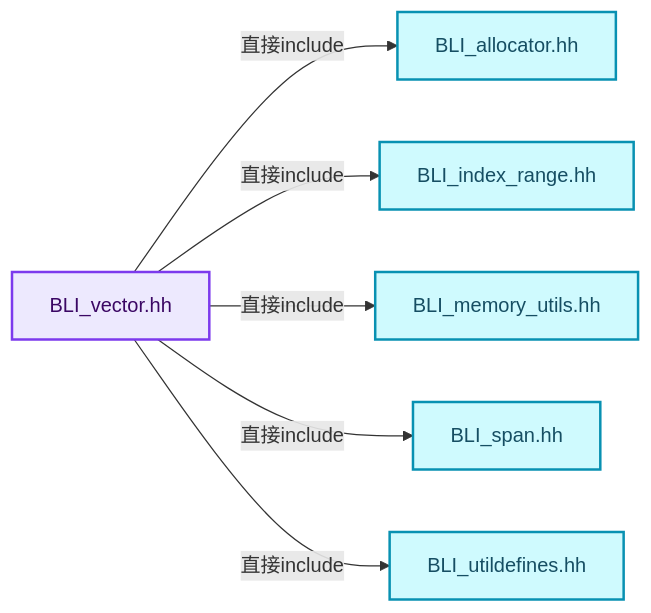
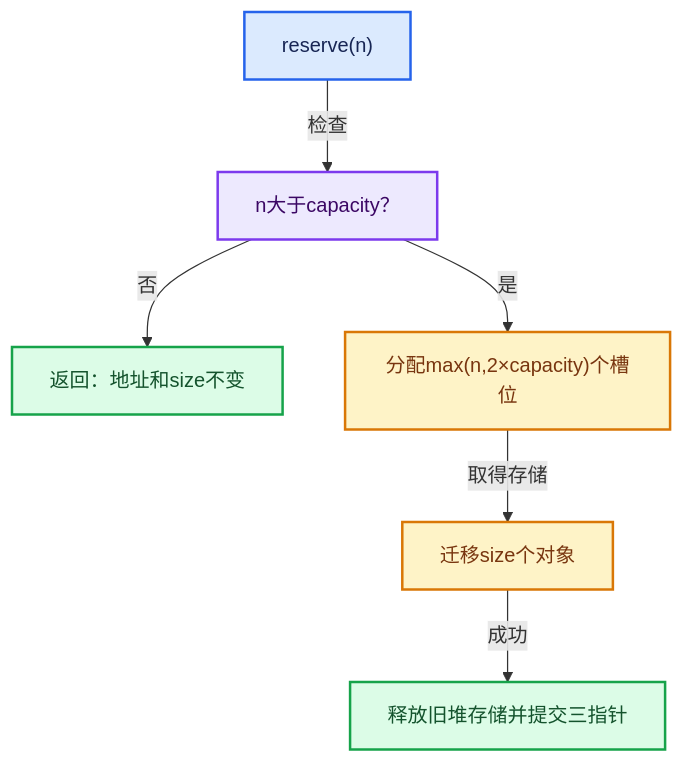
Before and after one commit to yunkezengren/blender-.vscode: the second of 5 diagrams in 杂/markdown/全面学习-codex/01-基础容器与现代CPP/10-Vector扩容与增长.md, drawn with Mermaid. The commit also changed other lines of this file and 1930 other files, not shown here.

````diff
--- a/杂/markdown/全面学习-codex/01-基础容器与现代CPP/10-Vector扩容与增长.md
+++ b/杂/markdown/全面学习-codex/01-基础容器与现代CPP/10-Vector扩容与增长.md
@@ -86,20 +77,20 @@
 ```mermaid
-flowchart LR
-  S["BLI_vector.hh"]:::abstraction
-  I0["BLI_allocator.hh"]:::data
-  I1["BLI_index_range.hh"]:::data
-  I2["BLI_memory_utils.hh"]:::data
-  I3["BLI_span.hh"]:::data
-  I4["BLI_utildefines.hh"]:::data
-  S -->|"直接include"| I0
-  S -->|"直接include"| I1
-  S -->|"直接include"| I2
-  S -->|"直接include"| I3
-  S -->|"直接include"| I4
+flowchart TB
+  R["reserve(n)"]:::input
+  Q["n大于capacity？"]:::abstraction
+  N["返回：地址和size不变"]:::result
+  A["分配max(n,2×capacity)个槽位"]:::compute
+  M["迁移size个对象"]:::compute
+  C["释放旧堆存储并提交三指针"]:::result
+  R -->|"检查"| Q
+  Q -->|"否"| N
+  Q -->|"是"| A
+  A -->|"取得存储"| M
+  M -->|"成功"| C
   classDef input fill:#DBEAFE,stroke:#2563EB,color:#172554,stroke-width:2px;
   classDef data fill:#CFFAFE,stroke:#0891B2,color:#164E63,stroke-width:2px;
   classDef abstraction fill:#EDE9FE,stroke:#7C3AED,color:#3B0764,stroke-width:2px;
   classDef compute fill:#FEF3C7,stroke:#D97706,color:#78350F,stroke-width:2px;
   classDef result fill:#DCFCE7,stroke:#16A34A,color:#14532D,stroke-width:2px;
   classDef error fill:#FEE2E2,stroke:#DC2626,color:#7F1D1D,stroke-width:2px;
 ```
````
